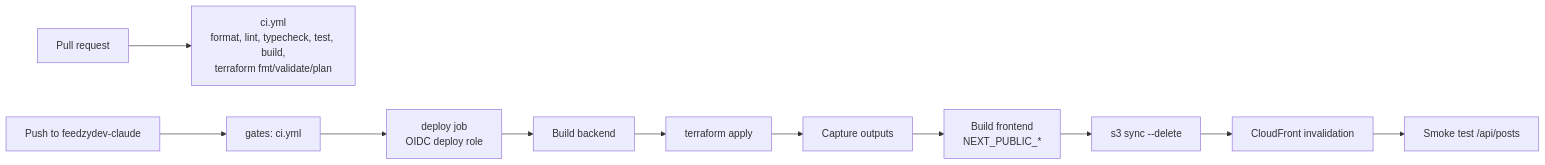
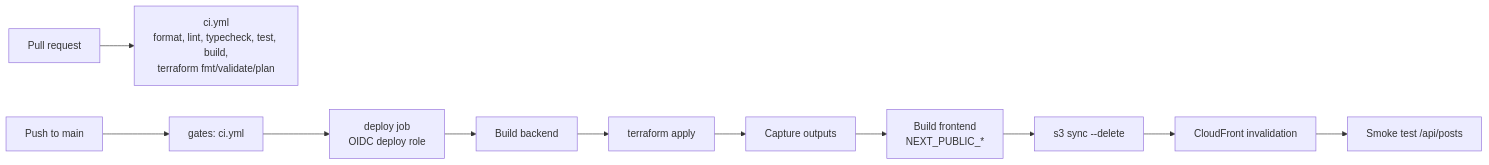
One commit to HuyNguyen260398/feedzydev changed the fifth of 5 diagrams in docs/architecture.md. Above: the diagram before and after it, drawn with Mermaid. The commit also changed other lines of this file and 7 other files, not shown here.

First line of the commit message:
chore: deploy from main instead of feedzydev-claude

````diff
--- a/docs/architecture.md
+++ b/docs/architecture.md
@@ -188,13 +188,13 @@
 ```mermaid
 flowchart LR
     PR[Pull request] --> CI[ci.yml<br/>format, lint, typecheck, test, build,<br/>terraform fmt/validate/plan]
-    Push[Push to feedzydev-claude] --> G[gates: ci.yml]
+    Push[Push to main] --> G[gates: ci.yml]
     G --> D[deploy job<br/>OIDC deploy role]
     D --> B[Build backend]
     B --> TF[terraform apply]
     TF --> O[Capture outputs]
     O --> FE[Build frontend<br/>NEXT_PUBLIC_*]
     FE --> SY[s3 sync --delete]
     SY --> INV[CloudFront invalidation]
     INV --> SM[Smoke test /api/posts]
 ```
````
